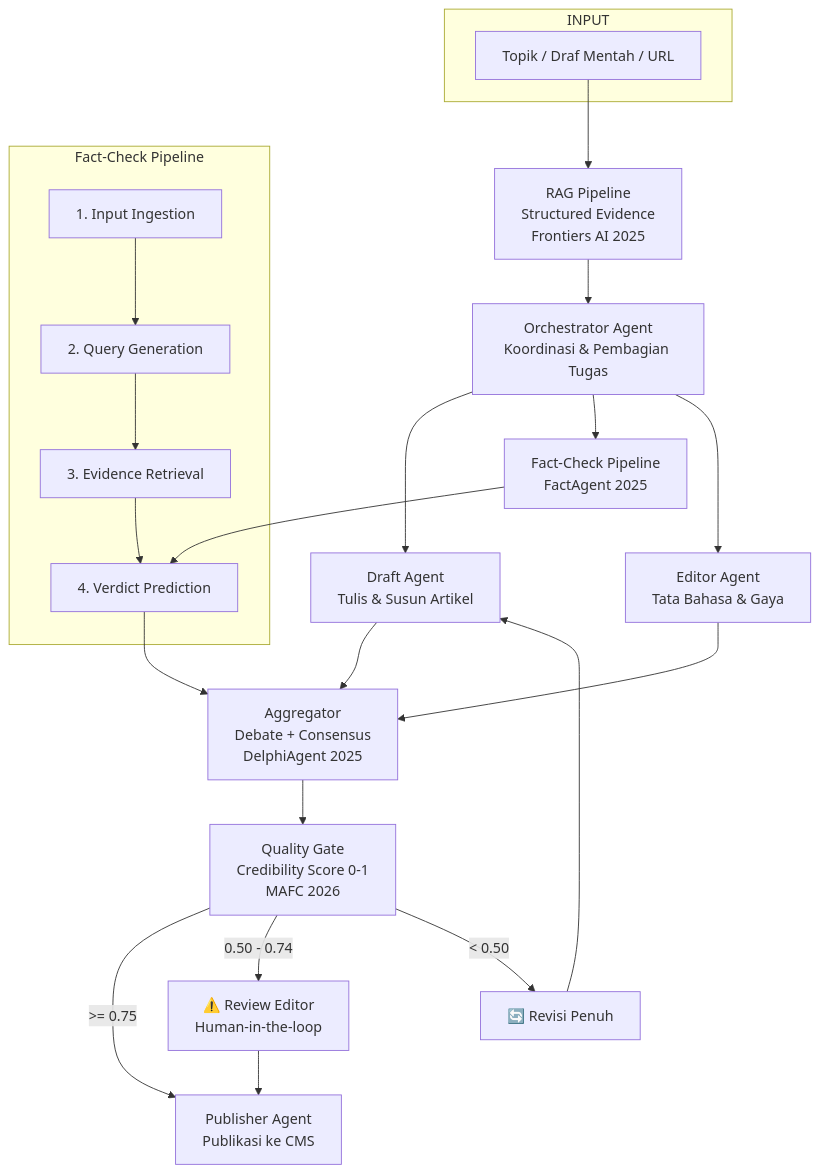
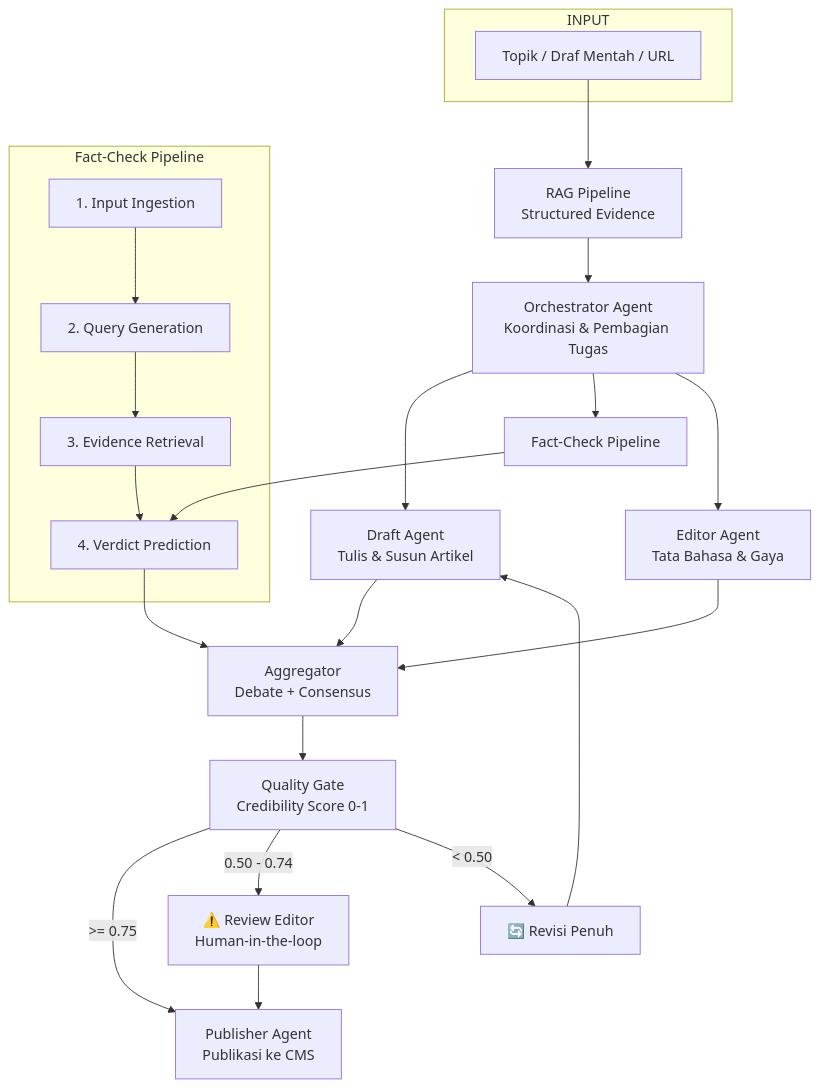
One commit to learn-debug/berita changed the diagram in README.md. Above: the diagram before and after it, drawn with Mermaid. The commit also changed other lines of this file and 6 other files, not shown here.

````diff
--- a/README.md
+++ b/README.md
@@ -104,35 +53,35 @@
 ```mermaid
 flowchart TB
     subgraph Input["INPUT"]
         I[Topik / Draf Mentah / URL]
     end
 
-    I --> RAG[RAG Pipeline<br/>Structured Evidence<br/>Frontiers AI 2025]
+    I --> RAG[RAG Pipeline<br/>Structured Evidence]
 
     RAG --> O[Orchestrator Agent<br/>Koordinasi & Pembagian Tugas]
 
     O --> D[Draft Agent<br/>Tulis & Susun Artikel]
-    O --> FC[Fact-Check Pipeline<br/>FactAgent 2025]
+    O --> FC[Fact-Check Pipeline]
     O --> E[Editor Agent<br/>Tata Bahasa & Gaya]
 
     subgraph FCP["Fact-Check Pipeline"]
         FC1[1. Input Ingestion]
         FC2[2. Query Generation]
         FC3[3. Evidence Retrieval]
         FC4[4. Verdict Prediction]
         FC1 --> FC2 --> FC3 --> FC4
     end
 
     FC --> FC4
 
-    D & FC4 & E --> AG[Aggregator<br/>Debate + Consensus<br/>DelphiAgent 2025]
+    D & FC4 & E --> AG[Aggregator<br/>Debate + Consensus]
 
-    AG --> QG[Quality Gate<br/>Credibility Score 0-1<br/>MAFC 2026]
+    AG --> QG[Quality Gate<br/>Credibility Score 0-1]
 
     QG -->|>= 0.75| Pub[Publisher Agent<br/>Publikasi ke CMS]
     QG -->|0.50 - 0.74| Review[⚠️ Review Editor<br/>Human-in-the-loop]
     QG -->|< 0.50| Revise[🔄 Revisi Penuh]
 
     Review --> Pub
     Revise --> D
 ```
````
